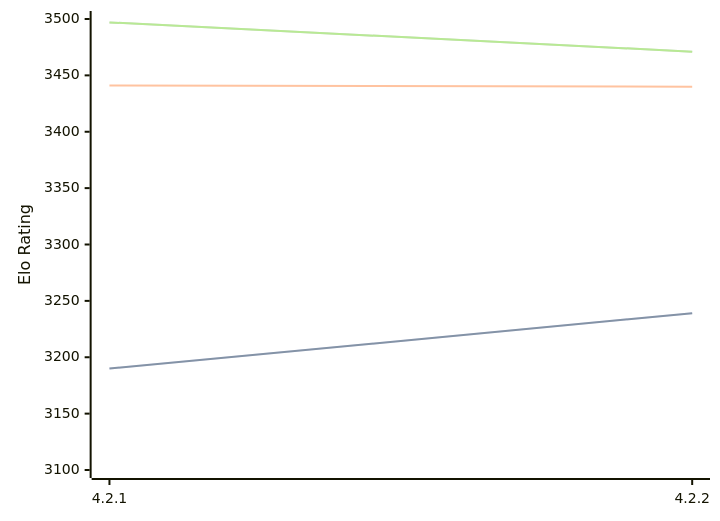
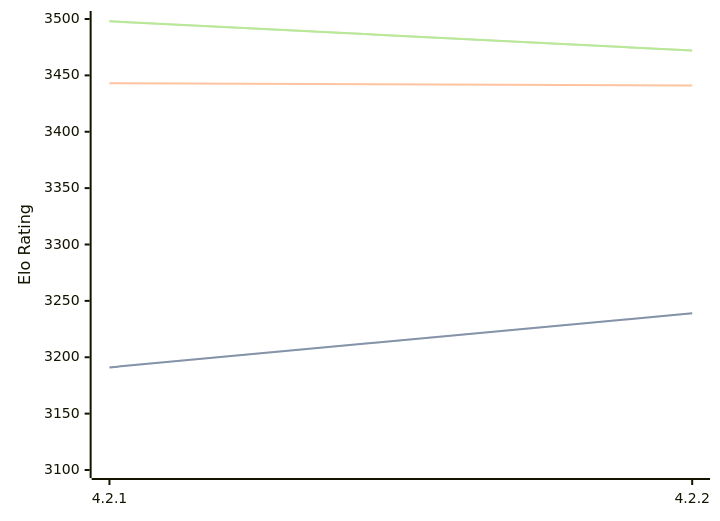
The diagram in engines/Gaia.md (computer-chess-index/cci), drawn with Mermaid before and after one commit. The commit also changed other lines of this file, not shown here.

Commit message:
Update CCI Ratings (ELO VLTC) - 2026-08-20

````diff
--- a/engines/Gaia.md
+++ b/engines/Gaia.md
@@ -36,11 +36,11 @@
 ```mermaid
 %%{init: {"theme":"base","themeVariables":{"seriesColors:['#a3a3a3','#222221','#faa371']}}}%%
 xychart-beta
   x-axis ["4.2.1", "4.2.2"]
   y-axis "Elo Rating" 3100 --> 3500
-  line "STC (8.0+0.08s)" [3190, 3239]
-  line "STC (8.0+0.08s)" [3190, 3239]
-  line "LTC (60.0+0.60s)" [3441, 3440]
-  line "VLTC (2m24s+1.12s)" [3497, 3471]
-  line "VLTC (2m24s+1.12s)" [3497, 3471]
+  line "STC (8.0+0.08s)" [3191, 3239]
+  line "STC (8.0+0.08s)" [3191, 3239]
+  line "LTC (60.0+0.60s)" [3443, 3441]
+  line "VLTC (2m24s+1.12s)" [3498, 3472]
+  line "VLTC (2m24s+1.12s)" [3498, 3472]
 ```
````
